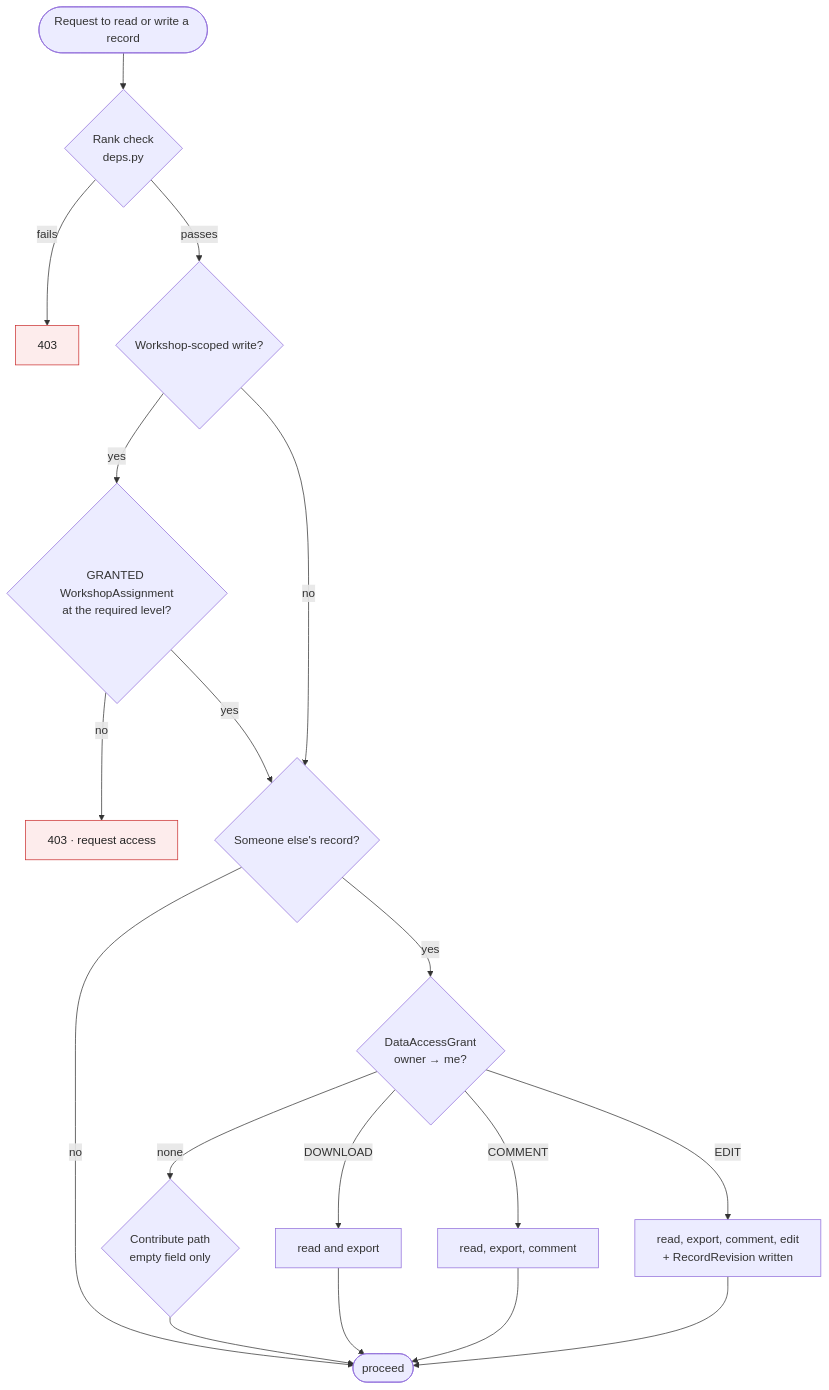
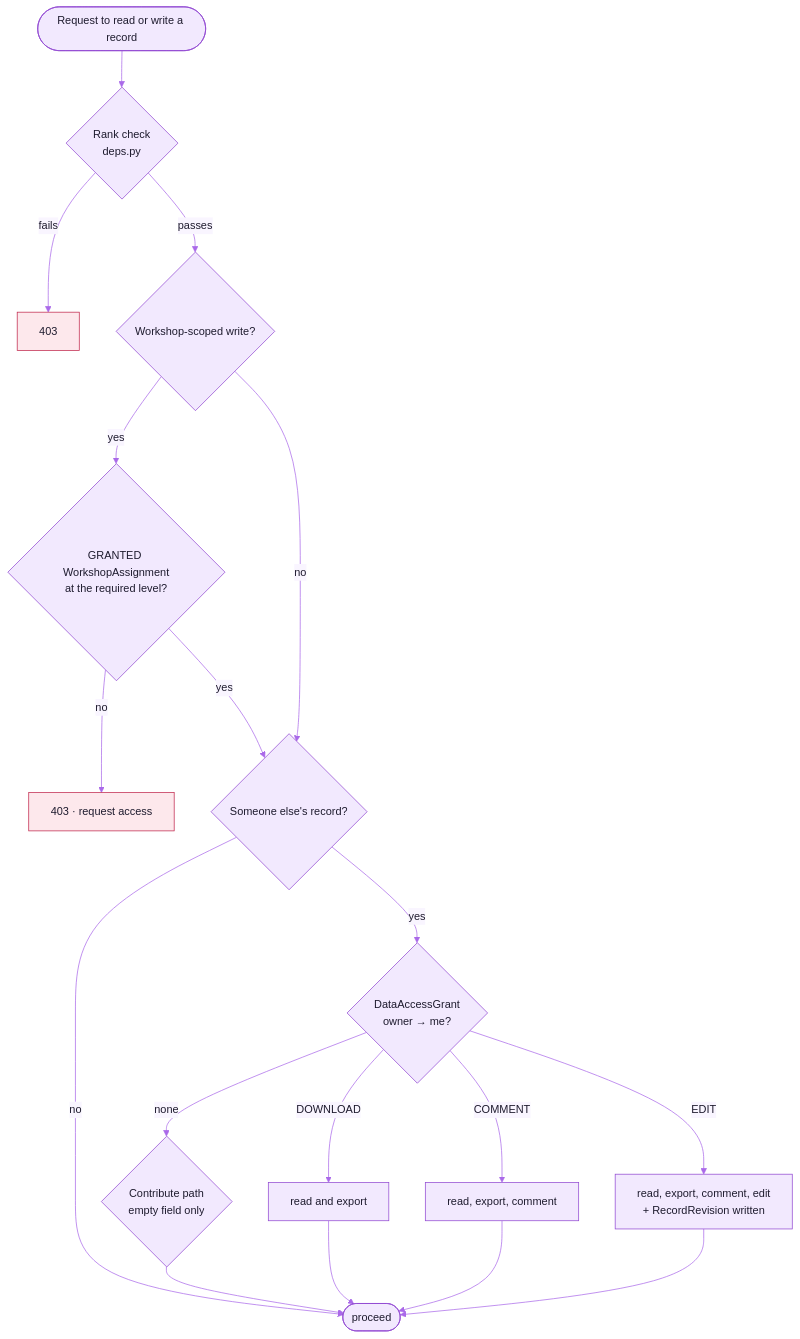
The sixth of 6 diagrams in docs/PERMISSIONS.md (cxacraftecosystem-ui/documentation-portal), drawn with Mermaid before and after one commit. The commit also changed other lines of this file and 106 other files, not shown here.

First line of the commit message:
README showcase: the front page rebuilt on the README kit (copied from designer-portal) with Field Repository content, the readme-check workflow, every docs diagram themed, and the docs brought to 0.0.10

````diff
--- a/docs/PERMISSIONS.md
+++ b/docs/PERMISSIONS.md
@@ -469,23 +474,24 @@
 ```mermaid
+%%{init: {"theme":"base","themeVariables":{"fontFamily":"Inter, ui-sans-serif, system-ui, -apple-system, Segoe UI, Roboto, Helvetica, Arial, sans-serif","fontSize":"15px","primaryColor":"#F2E9FE","primaryTextColor":"#1E1B2E","primaryBorderColor":"#9148D2","secondaryColor":"#FAEECD","secondaryTextColor":"#1E1B2E","secondaryBorderColor":"#CD9200","tertiaryColor":"#F3F1FA","tertiaryTextColor":"#1E1B2E","tertiaryBorderColor":"#A7A3BC","mainBkg":"#F2E9FE","nodeBorder":"#9148D2","nodeTextColor":"#1E1B2E","lineColor":"#AA69E9","textColor":"#857F9E","edgeLabelBackground":"#F9F5FF","clusterBkg":"#F9F5FF","clusterBorder":"#D6B6FB","titleColor":"#762CB1","noteBkgColor":"#FAEECD","noteTextColor":"#1E1B2E","noteBorderColor":"#CD9200","actorBkg":"#F2E9FE","actorBorder":"#9148D2","actorTextColor":"#1E1B2E","actorLineColor":"#AA69E9","signalColor":"#AA69E9","signalTextColor":"#857F9E","labelBoxBkgColor":"#F2E9FE","labelBoxBorderColor":"#9148D2","labelTextColor":"#1E1B2E","loopTextColor":"#857F9E","activationBkgColor":"#E7D5FE","activationBorderColor":"#9148D2","sequenceNumberColor":"#FFFFFF","transitionColor":"#AA69E9","transitionLabelColor":"#857F9E","stateLabelColor":"#1E1B2E","stateBkg":"#F2E9FE","compositeBackground":"#F9F5FF","compositeTitleBackground":"#F2E9FE","attributeBackgroundColorOdd":"#FFFFFF","attributeBackgroundColorEven":"#F9F5FF","relationColor":"#AA69E9","relationLabelBackground":"#F9F5FF","relationLabelColor":"#1E1B2E"}}}%%
 flowchart TB
   req([Request to read or write a record]) --> r1{Rank check<br/>deps.py}
   r1 -->|fails| x1[403]
   r1 -->|passes| r2{Workshop-scoped write?}
   r2 -->|yes| w1{GRANTED WorkshopAssignment<br/>at the required level?}
   w1 -->|no| x2[403 · request access]
   w1 -->|yes| r3
   r2 -->|no| r3{Someone else's record?}
   r3 -->|no| ok([proceed])
   r3 -->|yes| d1{DataAccessGrant<br/>owner → me?}
   d1 -->|none| r4{Contribute path<br/>empty field only}
   d1 -->|DOWNLOAD| read[read and export]
   d1 -->|COMMENT| comment[read, export, comment]
   d1 -->|EDIT| edit[read, export, comment, edit<br/>+ RecordRevision written]
   r4 --> ok
   read --> ok
   comment --> ok
   edit --> ok
 
-  style x1 fill:#fdecec,stroke:#c33,color:#222
-  style x2 fill:#fdecec,stroke:#c33,color:#222
+  style x1 fill:#FDE8EC,stroke:#C0264B,color:#1E1B2E
+  style x2 fill:#FDE8EC,stroke:#C0264B,color:#1E1B2E
 ```
````
